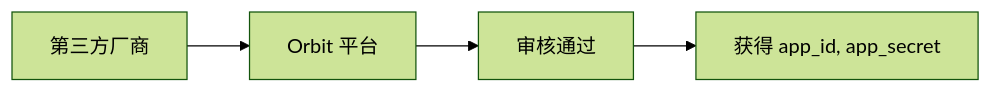
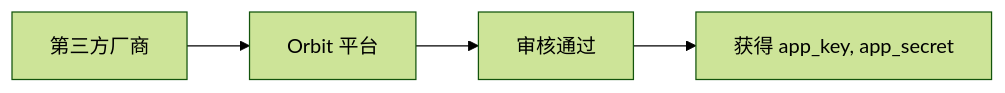
One commit to ruidutech/ruidu-docs changed the first of 3 diagrams in orbitcontrol/open-platform/index.md. Above: the diagram before and after it, drawn with Mermaid (forest theme). The commit also changed other lines of this file, not shown here.

````diff
--- a/orbitcontrol/open-platform/index.md
+++ b/orbitcontrol/open-platform/index.md
@@ -74,6 +70,6 @@
 ```mermaid
 flowchart LR
     A[第三方厂商] --> B[Orbit 平台]
     B --> C[审核通过]
-    C --> D[获得 app_id, app_secret]
+    C --> D[获得 app_key, app_secret]
 ```
````
